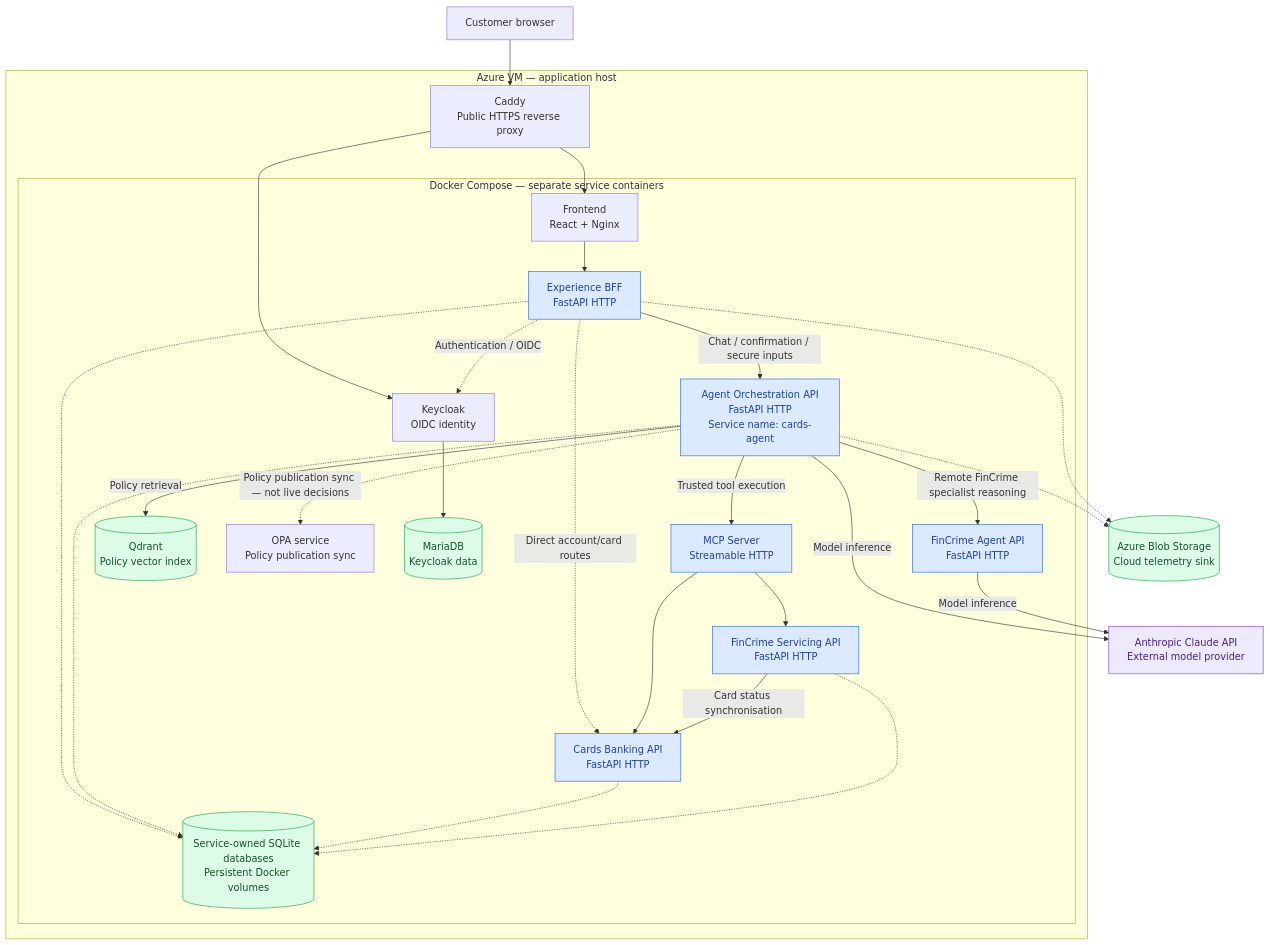
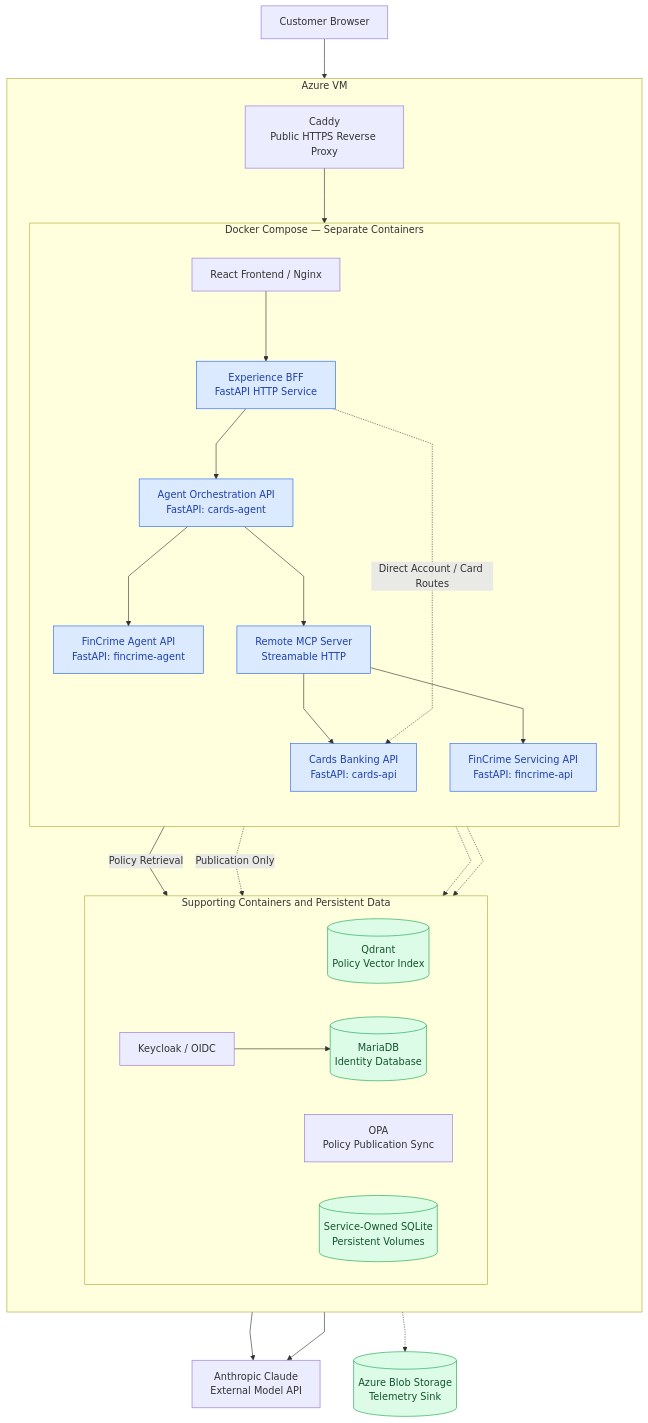
Before and after one commit to kishoreakaveeti/CardServicing: the second of 4 diagrams in docs/reference_architecture.md, drawn with Mermaid. The commit also changed other lines of this file, not shown here.

````diff
--- a/docs/reference_architecture.md
+++ b/docs/reference_architecture.md
@@ -134,60 +56,47 @@
 ```mermaid
+%%{init: {"flowchart": {"curve": "linear", "nodeSpacing": 55, "rankSpacing": 65}}}%%
 flowchart TB
-    Browser["Customer browser"]
-    Claude["Anthropic Claude API<br/>External model provider"]
-    Blob[("Azure Blob Storage<br/>Cloud telemetry sink")]
+    Browser["Customer Browser"]
+    Claude["Anthropic Claude<br/>External Model API"]
+    Blob[("Azure Blob Storage<br/>Telemetry Sink")]
 
-    subgraph AzureVM["Azure VM — application host"]
-        Caddy["Caddy<br/>Public HTTPS reverse proxy"]
+    subgraph Azure["Azure VM"]
+        direction TB
+        Proxy["Caddy<br/>Public HTTPS Reverse Proxy"]
 
-        subgraph Compose["Docker Compose — separate service containers"]
-            UI["Frontend<br/>React + Nginx"]
-            BFF["Experience BFF<br/>FastAPI HTTP"]
-            AgentAPI["Agent Orchestration API<br/>FastAPI HTTP<br/>Service name: cards-agent"]
-            FCA["FinCrime Agent API<br/>FastAPI HTTP"]
-            MCP["MCP Server<br/>Streamable HTTP"]
-            CardsAPI["Cards Banking API<br/>FastAPI HTTP"]
-            FinAPI["FinCrime Servicing API<br/>FastAPI HTTP"]
+        subgraph Docker["Docker Compose — Separate Containers"]
+            direction TB
+            Frontend["React Frontend / Nginx"] --> BFF["Experience BFF<br/>FastAPI HTTP Service"]
+            BFF --> AgentAPI["Agent Orchestration API<br/>FastAPI: cards-agent"]
+            AgentAPI --> FinAgent["FinCrime Agent API<br/>FastAPI: fincrime-agent"]
+            AgentAPI --> MCP["Remote MCP Server<br/>Streamable HTTP"]
+            MCP --> CardsAPI["Cards Banking API<br/>FastAPI: cards-api"]
+            MCP --> FinAPI["FinCrime Servicing API<br/>FastAPI: fincrime-api"]
+        end
 
-            Qdrant[("Qdrant<br/>Policy vector index")]
-            OPA["OPA service<br/>Policy publication sync"]
-            Keycloak["Keycloak<br/>OIDC identity"]
-            Maria[("MariaDB<br/>Keycloak data")]
-            Stores[("Service-owned SQLite databases<br/>Persistent Docker volumes")]
+        subgraph Platform["Supporting Containers and Persistent Data"]
+            direction LR
+            Qdrant[("Qdrant<br/>Policy Vector Index")]
+            OPA["OPA<br/>Policy Publication Sync"]
+            Keycloak["Keycloak / OIDC"]
+            MariaDB[("MariaDB<br/>Identity Database")]
+            SQLite[("Service-Owned SQLite<br/>Persistent Volumes")]
         end
     end
 
-    Browser --> Caddy
-    Caddy --> UI
-    Caddy --> Keycloak
-    UI --> BFF
-    BFF -->|"Chat / confirmation / secure inputs"| AgentAPI
-    BFF -.->|"Direct account/card routes"| CardsAPI
-
-    AgentAPI -->|"Remote FinCrime specialist reasoning"| FCA
-    AgentAPI -->|"Trusted tool execution"| MCP
-    MCP --> CardsAPI
-    MCP --> FinAPI
-    FinAPI -->|"Card status synchronisation"| CardsAPI
-
-    AgentAPI -->|"Policy retrieval"| Qdrant
-    AgentAPI -.->|"Policy publication sync — not live decisions"| OPA
-    AgentAPI -->|"Model inference"| Claude
-    FCA -->|"Model inference"| Claude
-
-    BFF -.->|"Authentication / OIDC"| Keycloak
-    Keycloak --> Maria
-    BFF -.-> Stores
-    AgentAPI -.-> Stores
-    CardsAPI -.-> Stores
-    FinAPI -.-> Stores
+    Browser --> Proxy --> Frontend
+    BFF -.->|"Direct Account / Card Routes"| CardsAPI
+    AgentAPI -->|"Policy Retrieval"| Qdrant
+    AgentAPI -.->|"Publication Only"| OPA
+    BFF -.-> Keycloak
+    Keycloak --> MariaDB
+    AgentAPI -.-> SQLite
+    AgentAPI --> Claude
+    FinAgent --> Claude
     AgentAPI -.-> Blob
-    BFF -.-> Blob
 
     classDef service fill:#dbeafe,stroke:#2563eb,color:#1e40af
     classDef storage fill:#dcfce7,stroke:#16a34a,color:#14532d
-    classDef provider fill:#ede9fe,stroke:#7c3aed,color:#4c1d95
-    class BFF,AgentAPI,FCA,MCP,CardsAPI,FinAPI service
-    class Qdrant,Maria,Stores,Blob storage
-    class Claude provider
+    class BFF,AgentAPI,FinAgent,MCP,CardsAPI,FinAPI service
+    class Qdrant,MariaDB,SQLite,Blob storage
 ```
````
